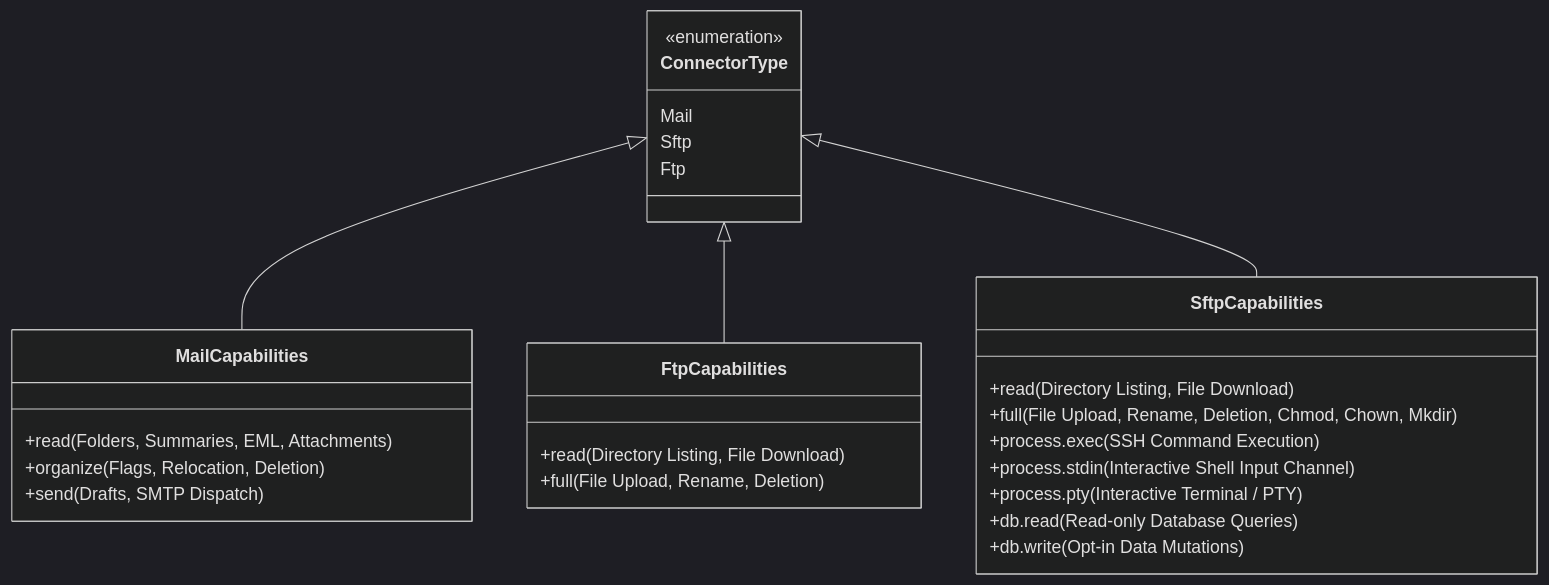
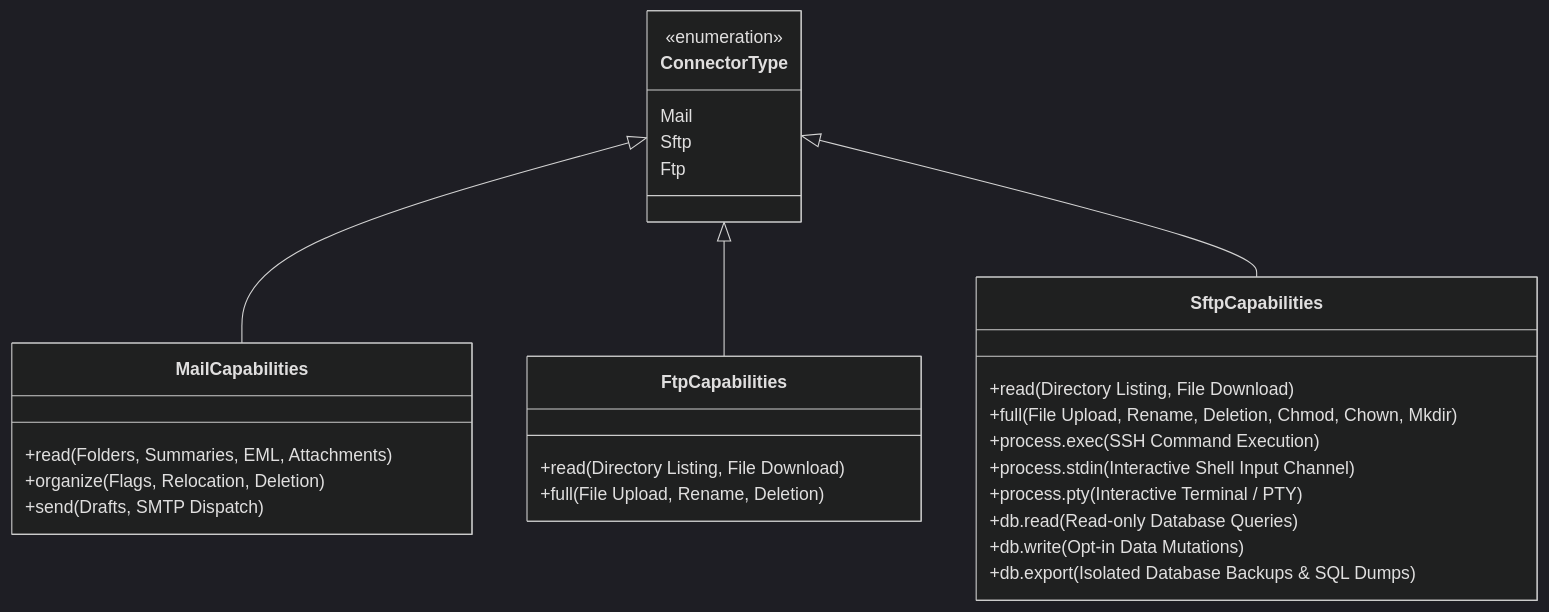
The third of 4 diagrams in docs/core-features/connectors/README.md (joelaniol/nova), drawn with Mermaid (dark theme) before and after one commit. The commit also changed other lines of this file and 152 other files, not shown here.

````diff
--- a/docs/core-features/connectors/README.md
+++ b/docs/core-features/connectors/README.md
@@ -135,34 +135,35 @@
 ```mermaid
 classDiagram
     class ConnectorType {
         <<enumeration>>
         Mail
         Sftp
         Ftp
     }
 
     class MailCapabilities {
         +read (Folders, Summaries, EML, Attachments)
         +organize (Flags, Relocation, Deletion)
         +send (Drafts, SMTP Dispatch)
     }
 
     class FtpCapabilities {
         +read (Directory Listing, File Download)
         +full (File Upload, Rename, Deletion)
     }
 
     class SftpCapabilities {
         +read (Directory Listing, File Download)
         +full (File Upload, Rename, Deletion, Chmod, Chown, Mkdir)
         +process.exec (SSH Command Execution)
         +process.stdin (Interactive Shell Input Channel)
         +process.pty (Interactive Terminal / PTY)
         +db.read (Read-only Database Queries)
         +db.write (Opt-in Data Mutations)
+        +db.export (Isolated Database Backups & SQL Dumps)
     }
 
     ConnectorType <|-- MailCapabilities
     ConnectorType <|-- FtpCapabilities
     ConnectorType <|-- SftpCapabilities
 ```
````
